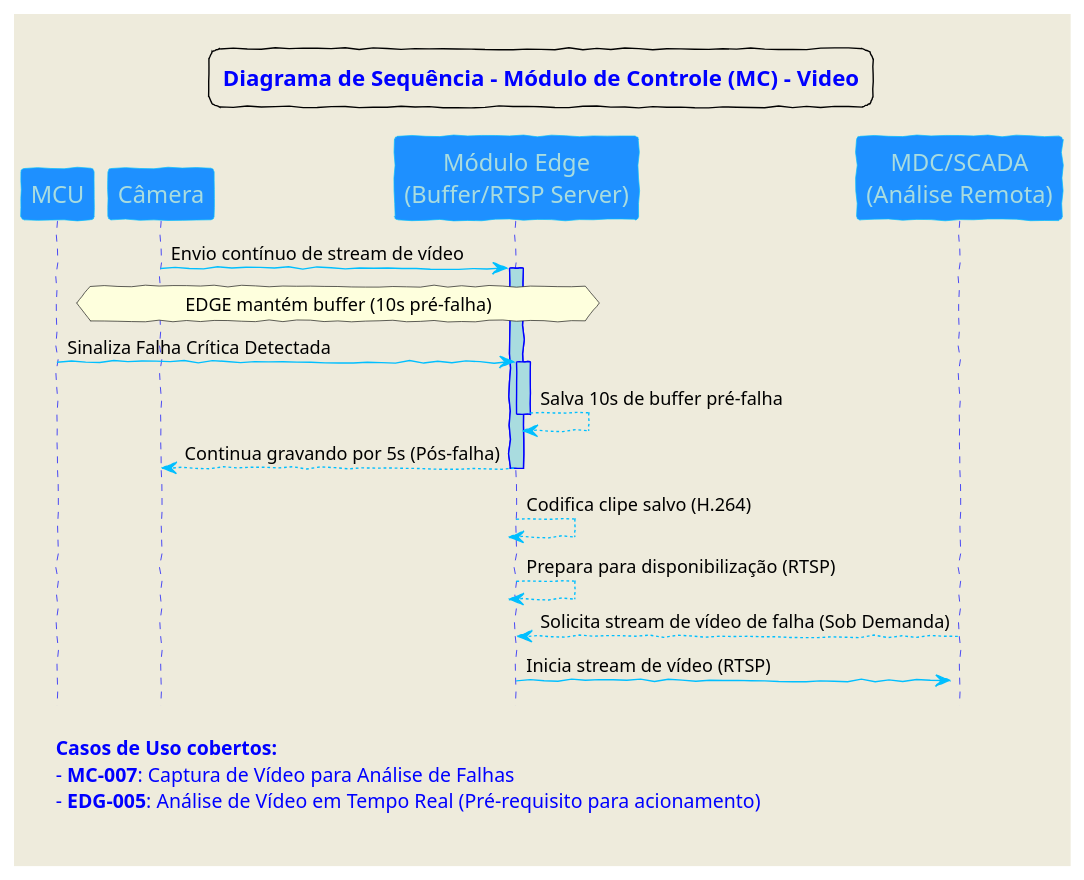
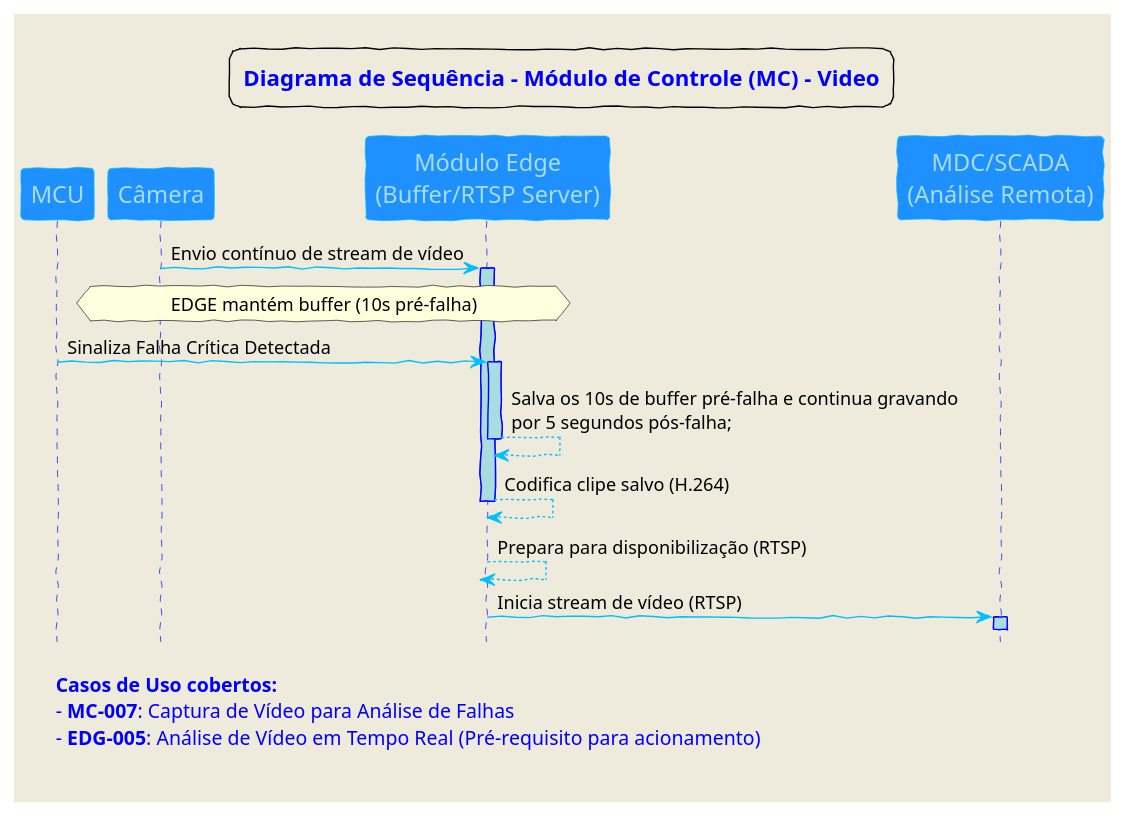
The diagram in DS-MC-VIDEO-001.puml (Embrapac/diagramas), drawn with PlantUML before and after one commit. The commit also changed 1 other file, not shown here.

Commit message:
Diagrama-Video acrescentado texto pós-falha e excluido solicitação de video processado

```diff
--- a/DS-MC-VIDEO-001.puml
+++ b/DS-MC-VIDEO-001.puml
@@ -1,72 +1,69 @@
 @startuml
 
 <style>
 footer {
   HorizontalAlignment left
   FontSize 14
   FontColor blue
   FontName Arial
   Margin 20
   Padding 10
 }
 
 legend {
   HorizontalAlignment center
   FontSize 16
   FontColor Blue
   FontName Arial
   Margin 20
   Padding 10
 }
 </style>
 
 
 'Parametros de cor:
 skinparam backgroundColor #EEEBDC
 skinparam handwritten true
 skinparam sequenceArrowColor DeepSkyBlue
 skinparam sequenceActorBorderColor DeepSkyBlue
 skinparam sequenceLifeLineBorderColor blue
 skinparam sequenceLifeLineBackgroundColor #A9DCDF
 skinparam sequenceParticipantBorderColor DeepSkyBlue
 skinparam sequenceParticipantBackgroundColor DodgerBlue
 skinparam sequenceParticipantFontName Impact
 skinparam sequenceParticipantFontSize 17
 skinparam sequenceParticipantFontColor #A9DCDF
 skinparam sequenceActorBackgroundColor aqua
 skinparam sequenceActorFontColor DeepSkyBlue
 skinparam sequenceActorFontSize 17
 skinparam sequenceActorFontName Aapex
 
 autoactivate on
 Hide footbox
 
 participant "MCU" as MCU
 participant Câmera
 participant "Módulo Edge\n(Buffer/RTSP Server)" as EDGE
 participant "MDC/SCADA\n(Análise Remota)" as MDC
 
 Câmera -> EDGE : Envio contínuo de stream de vídeo
 hnote over Câmera, EDGE : EDGE mantém buffer (10s pré-falha)
 
-MCU -> EDGE : Sinaliza Falha Crítica Detectada
-EDGE --> EDGE : Salva 10s de buffer pré-falha
-EDGE --> Câmera : Continua gravando por 5s (Pós-falha)
+MCU -> EDGE :   Sinaliza Falha Crítica Detectada
+EDGE --> EDGE : Salva os 10s de buffer pré-falha e continua gravando \npor 5 segundos pós-falha;
 EDGE --> EDGE : Codifica clipe salvo (H.264)
 EDGE --> EDGE : Prepara para disponibilização (RTSP)
-
-MDC --> EDGE : Solicita stream de vídeo de falha (Sob Demanda)
 
 EDGE -> MDC : Inicia stream de vídeo (RTSP)
 
 legend top
  **Diagrama de Sequência - Módulo de Controle (MC) - Video**
 end legend
 
 footer
   **Casos de Uso cobertos:**
    - **MC-007**: Captura de Vídeo para Análise de Falhas
    - **EDG-005**: Análise de Vídeo em Tempo Real (Pré-requisito para acionamento)
 end footer  
 
 @enduml
```
